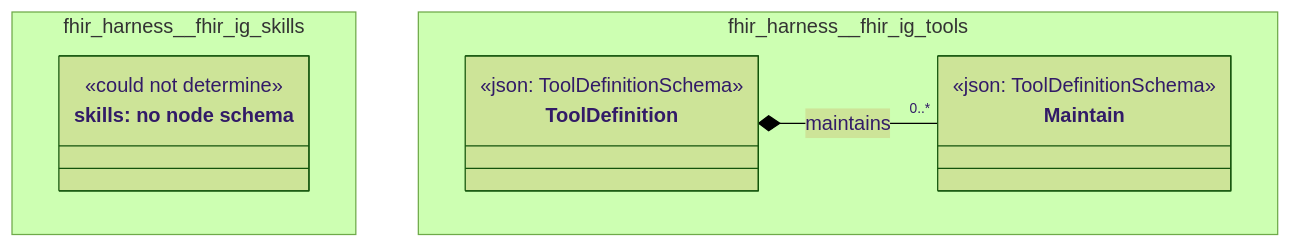
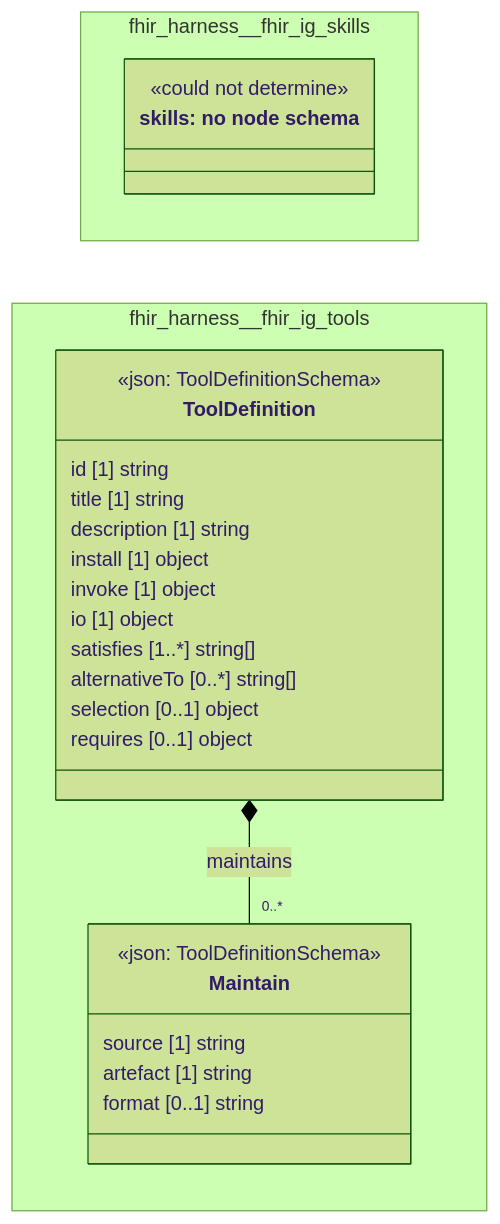
Before and after one commit to litlfred/folio-assistant: the diagram in cat-harness/docs/uml/overview/fhir-harness.md, drawn with Mermaid (forest theme). The commit also changed 92 other files, not shown here.

First line of the commit message:
uml: data fields and a vertical stack on the overview; PlantUML coloured from uml.css

````diff
--- a/cat-harness/docs/uml/overview/fhir-harness.md
+++ b/cat-harness/docs/uml/overview/fhir-harness.md
@@ -12,22 +12,35 @@
 ```mermaid
 classDiagram
-  direction TB
+  direction LR
   namespace fhir_harness__fhir_ig_skills {
     class n_fhir_harness_fhir_ig_skills_skills["skills: no node schema"] {
       <<could not determine>>
     }
   }
   namespace fhir_harness__fhir_ig_tools {
     class fhir_harness_fhir_ig_tools_Maintain["Maintain"] {
       <<json: ToolDefinitionSchema>>
+      source [1] string
+      artefact [1] string
+      format [0..1] string
     }
     class fhir_harness_fhir_ig_tools_ToolDefinition["ToolDefinition"] {
       <<json: ToolDefinitionSchema>>
+      id [1] string
+      title [1] string
+      description [1] string
+      install [1] object
+      invoke [1] object
+      io [1] object
+      satisfies [1..*] string[]
+      alternativeTo [0..*] string[]
+      selection [0..1] object
+      requires [0..1] object
     }
   }
   cssClass "n_fhir_harness_fhir_ig_skills_skills" fa_uml_kind_skills
   cssClass "n_fhir_harness_fhir_ig_skills_skills" fa_uml_undetermined
   fhir_harness_fhir_ig_tools_ToolDefinition *-- "0..*" fhir_harness_fhir_ig_tools_Maintain : maintains
   cssClass "fhir_harness_fhir_ig_tools_Maintain" fa_uml_kind_tools
   cssClass "fhir_harness_fhir_ig_tools_ToolDefinition" fa_uml_kind_tools
 ```
````
